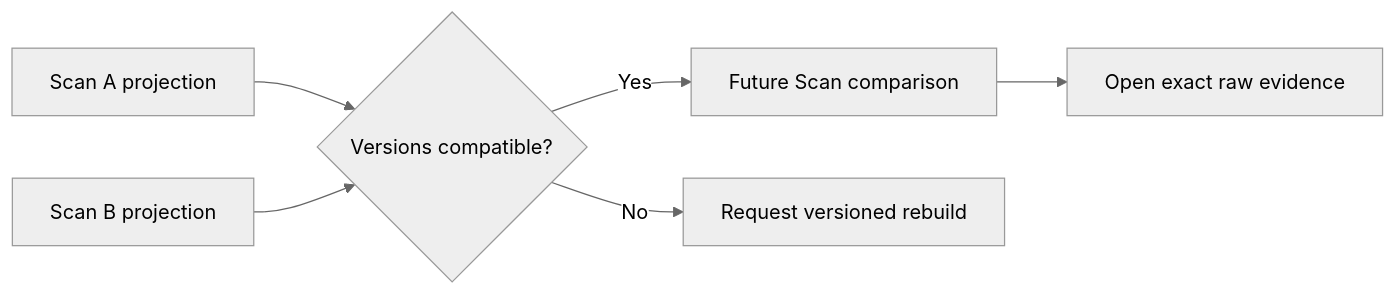
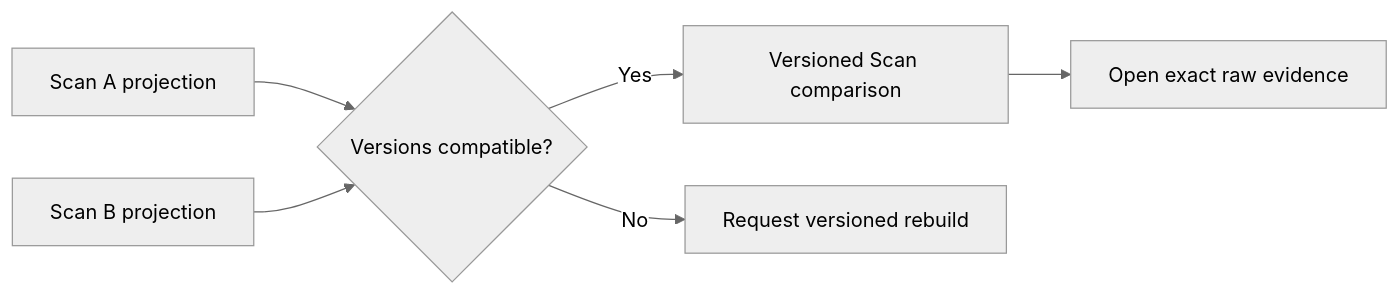
One commit to Artsen/site-ledger changed the sixth of 7 diagrams in docs/scan-projections.md. Above: the diagram before and after it, drawn with Mermaid (neutral theme). The commit also changed other lines of this file and 11 other files, not shown here.

````diff
--- a/docs/scan-projections.md
+++ b/docs/scan-projections.md
@@ -189,8 +189,8 @@
 ```mermaid
 flowchart LR
   A[Scan A projection] --> V{Versions compatible?}
   B[Scan B projection] --> V
-  V -- Yes --> C[Future Scan comparison]
+  V -- Yes --> C[Versioned Scan comparison]
   V -- No --> R[Request versioned rebuild]
   C --> E[Open exact raw evidence]
 ```
````
